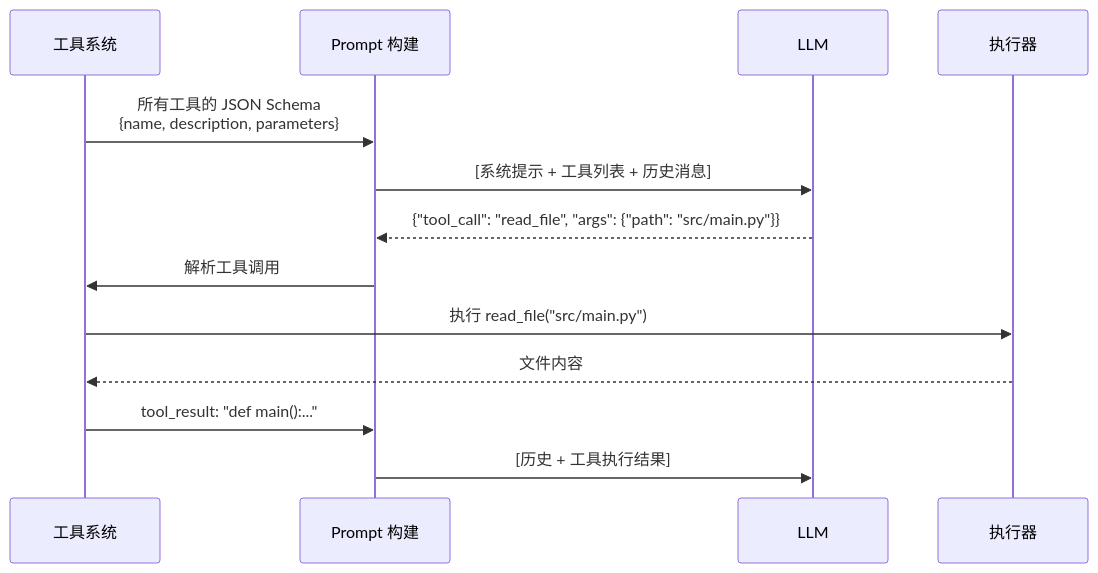
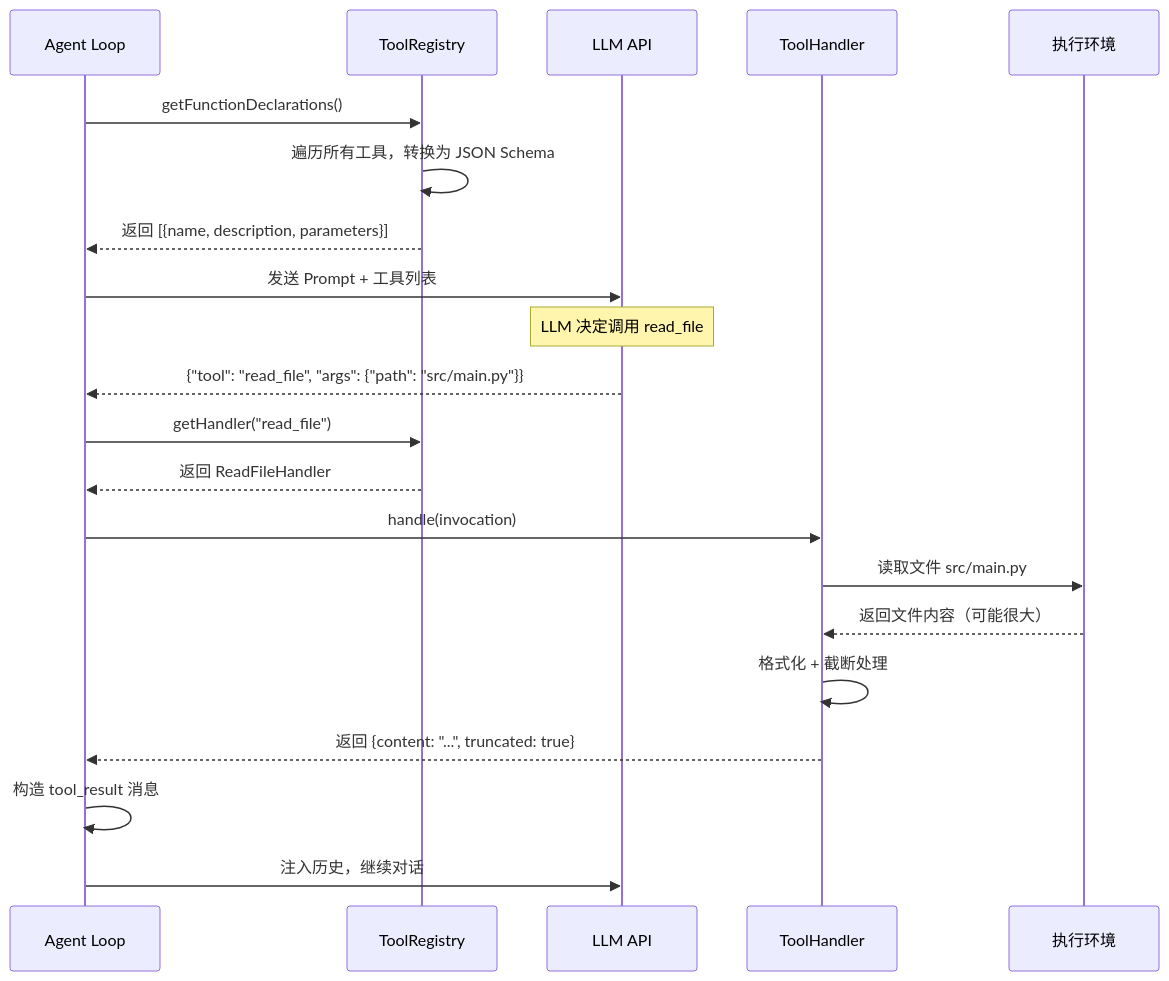
Before and after one commit to giraffe-tree/agent-base: the seventh of 10 diagrams in docs/comm/05-comm-tools-system.md, drawn with Mermaid. The commit also changed other lines of this file and 39 other files, not shown here.

````diff
--- a/docs/comm/05-comm-tools-system.md
+++ b/docs/comm/05-comm-tools-system.md
@@ -18,16 +431,29 @@
 ```mermaid
 sequenceDiagram
-    participant T as 工具系统
-    participant P as Prompt 构建
-    participant M as LLM
-    participant E as 执行器
+    participant A as Agent Loop
+    participant B as ToolRegistry
+    participant C as LLM API
+    participant D as ToolHandler
+    participant E as 执行环境
 
-    T->>P: 所有工具的 JSON Schema<br/>{name, description, parameters}
-    P->>M: [系统提示 + 工具列表 + 历史消息]
-    M-->>P: {"tool_call": "read_file", "args": {"path": "src/main.py"}}
-    P->>T: 解析工具调用
-    T->>E: 执行 read_file("src/main.py")
-    E-->>T: 文件内容
-    T->>P: tool_result: "def main():..."
-    P->>M: [历史 + 工具执行结果]
+    A->>B: getFunctionDeclarations()
+    B->>B: 遍历所有工具，转换为 JSON Schema
+    B-->>A: 返回 [{name, description, parameters}]
+
+    A->>C: 发送 Prompt + 工具列表
+    Note over C: LLM 决定调用 read_file
+    C-->>A: {"tool": "read_file", "args": {"path": "src/main.py"}}
+
+    A->>B: getHandler("read_file")
+    B-->>A: 返回 ReadFileHandler
+
+    A->>D: handle(invocation)
+    D->>E: 读取文件 src/main.py
+    E-->>D: 返回文件内容（可能很大）
+
+    D->>D: 格式化 + 截断处理
+    D-->>A: 返回 {content: "...", truncated: true}
+
+    A->>A: 构造 tool_result 消息
+    A->>C: 注入历史，继续对话
 ```
````
